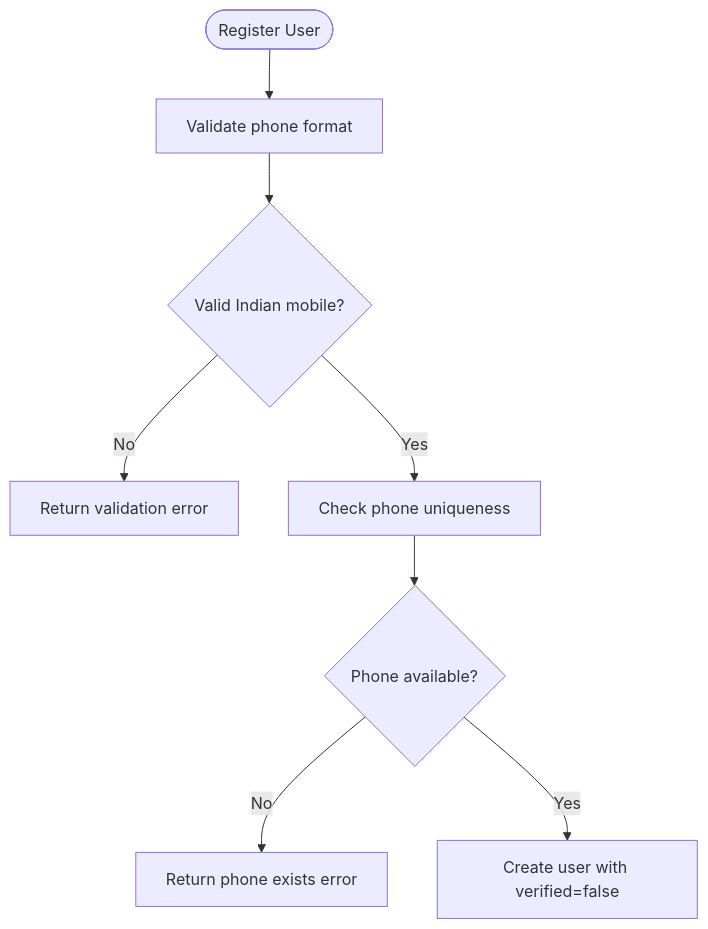
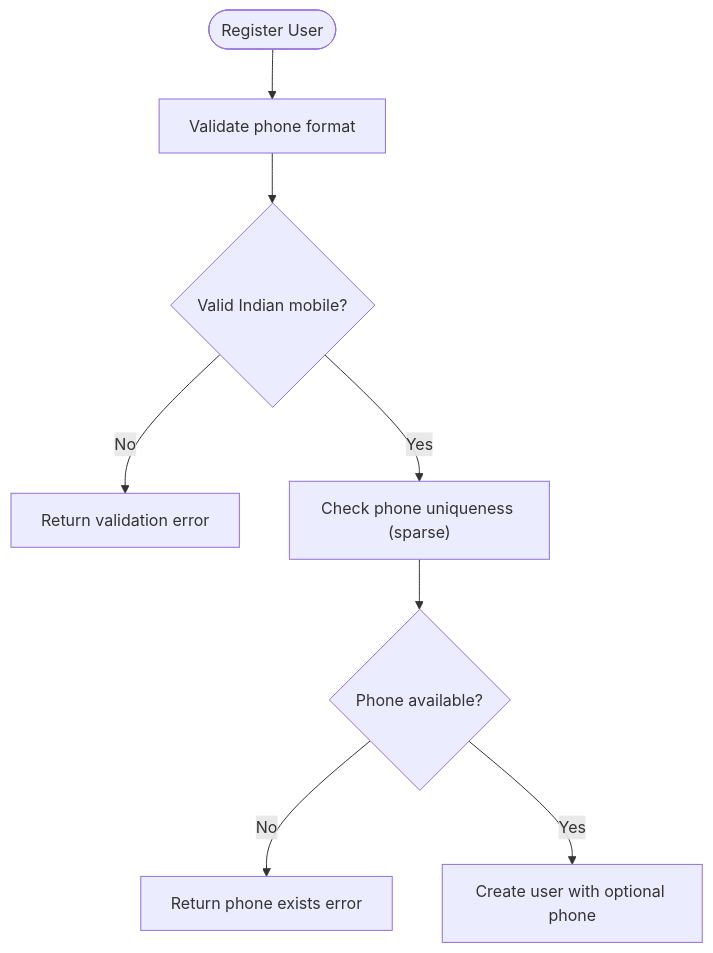
The fourth of 5 diagrams in .qoder/repowiki/en/content/Database Schemas & Models/User Model.md (Pavan-PSPK9032/TrendsandToss), drawn with Mermaid before and after one commit. The commit also changed other lines of this file and 9 other files, not shown here.

````diff
--- a/.qoder/repowiki/en/content/Database Schemas & Models/User Model.md
+++ b/.qoder/repowiki/en/content/Database Schemas & Models/User Model.md
@@ -220,10 +278,10 @@
 ```mermaid
 flowchart TD
 Start(["Register User"]) --> PhoneCheck["Validate phone format"]
 PhoneCheck --> Valid{"Valid Indian mobile?"}
 Valid --> |No| Error["Return validation error"]
-Valid --> |Yes| UniqueCheck["Check phone uniqueness"]
+Valid --> |Yes| UniqueCheck["Check phone uniqueness (sparse)"]
 UniqueCheck --> PhoneUnique{"Phone available?"}
 PhoneUnique --> |No| PhoneError["Return phone exists error"]
-PhoneUnique --> |Yes| Create["Create user with verified=false"]
+PhoneUnique --> |Yes| Create["Create user with optional phone"]
 ```
````
